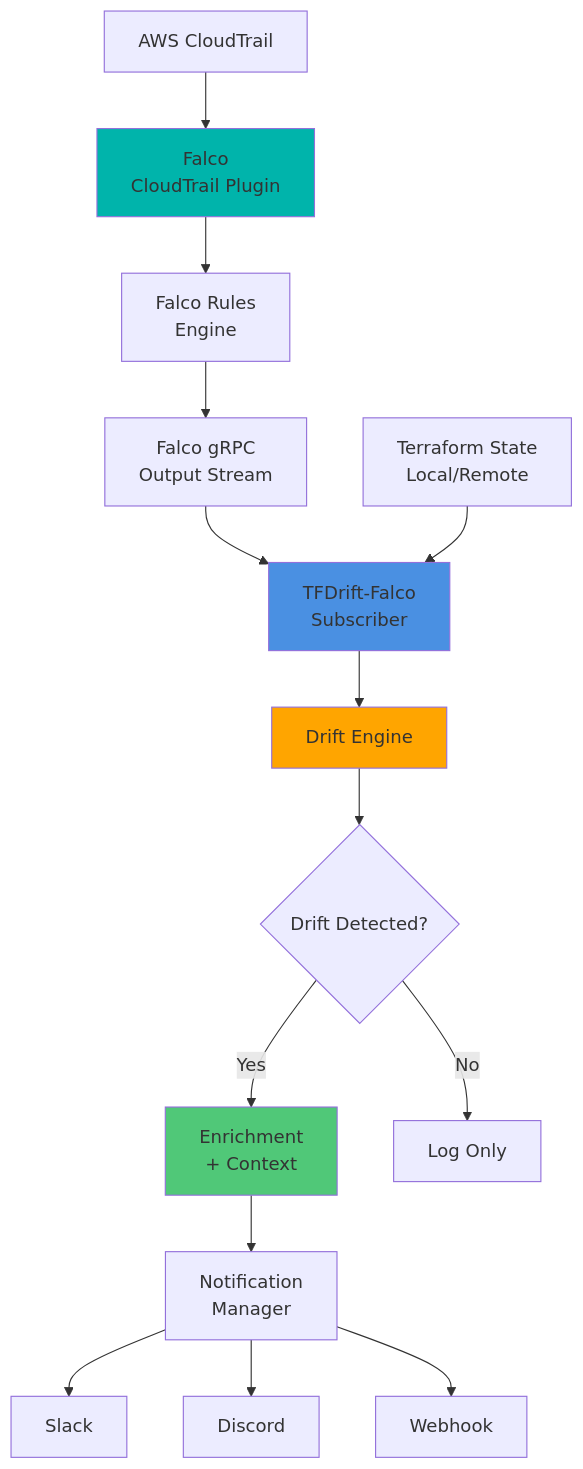
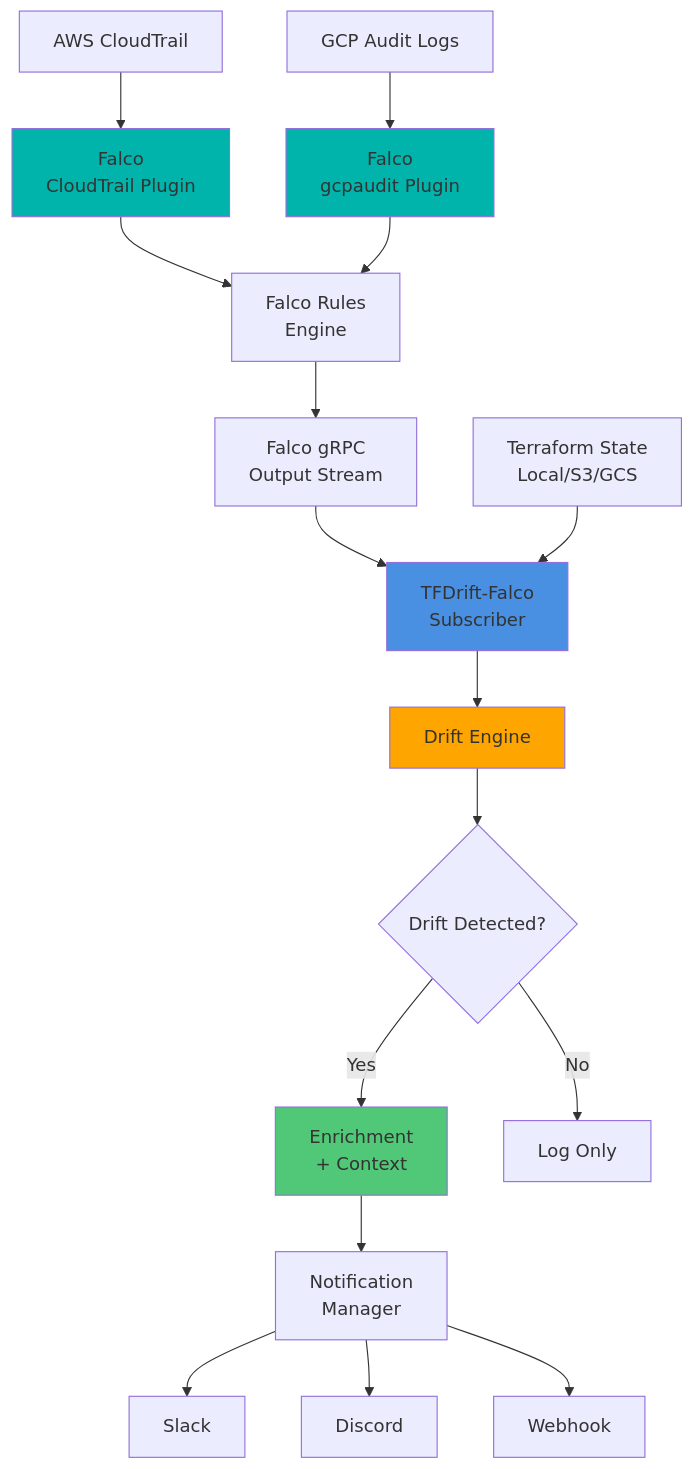
One commit to higakikeita/tfdrift-falco changed the diagram in README.md. Above: the diagram before and after it, drawn with Mermaid. The commit also changed other lines of this file and 5 other files, not shown here.

````diff
--- a/README.md
+++ b/README.md
@@ -277,25 +298,28 @@
 ```mermaid
 graph TB
     A[AWS CloudTrail] --> B[Falco<br/>CloudTrail Plugin]
+    A2[GCP Audit Logs] --> B2[Falco<br/>gcpaudit Plugin]
     B --> C[Falco Rules<br/>Engine]
+    B2 --> C
     C --> D[Falco gRPC<br/>Output Stream]
     D --> E[TFDrift-Falco<br/>Subscriber]
 
-    F[Terraform State<br/>Local/Remote] --> E
+    F[Terraform State<br/>Local/S3/GCS] --> E
 
     E --> G[Drift Engine]
     G --> H{Drift Detected?}
 
     H -->|Yes| I[Enrichment<br/>+ Context]
     H -->|No| J[Log Only]
 
     I --> K[Notification<br/>Manager]
     K --> L[Slack]
     K --> M[Discord]
     K --> N[Webhook]
 
     style E fill:#4A90E2
     style G fill:#FFA500
     style I fill:#50C878
     style B fill:#00B4AB
+    style B2 fill:#00B4AB
 ```
````
